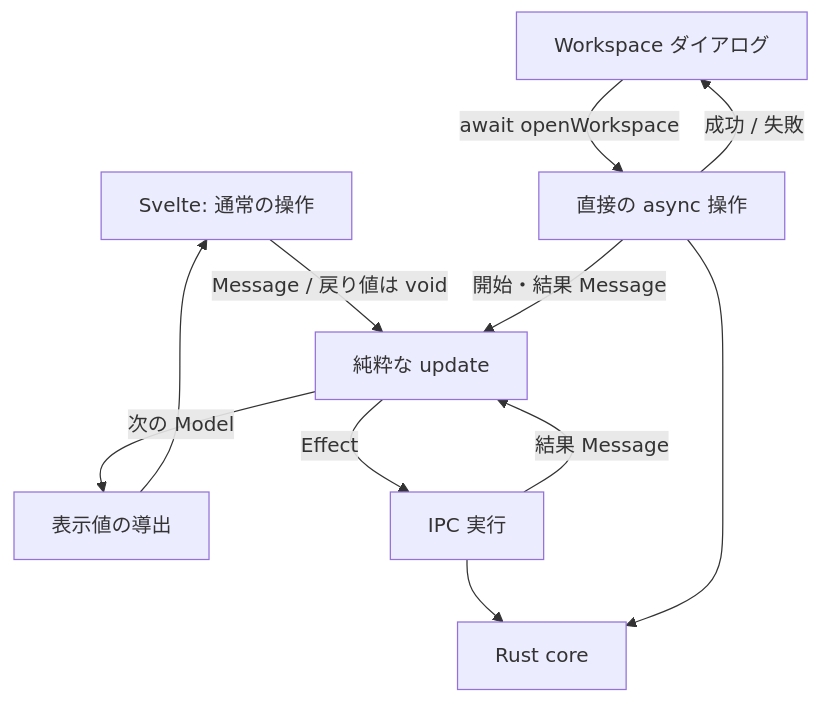
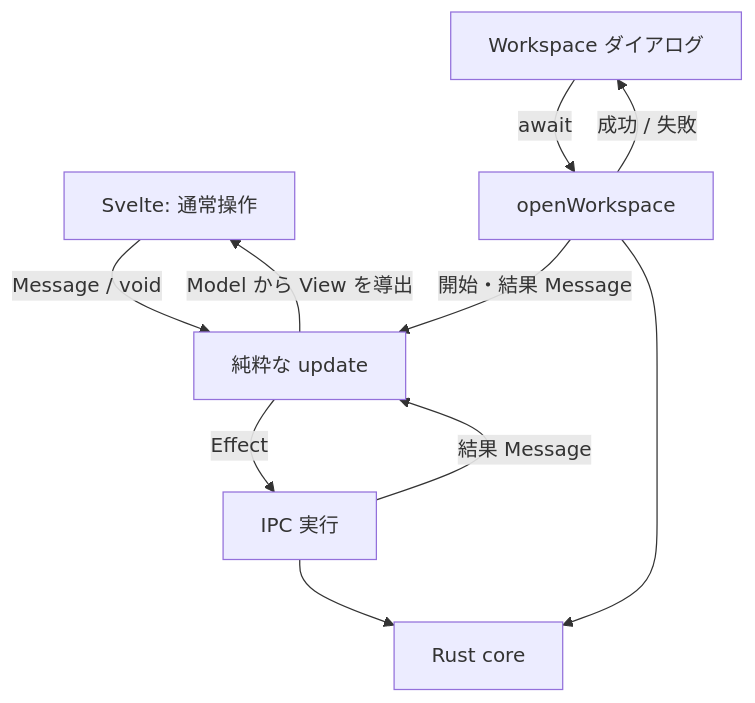
Before and after one commit to OhataKenji/zeal: the diagram in docs/design/session-state.md, drawn with Mermaid. The commit also changed other lines of this file, not shown here.

````diff
--- a/docs/design/session-state.md
+++ b/docs/design/session-state.md
@@ -45,13 +39,12 @@
 ```mermaid
 flowchart TD
-  UI[Svelte: 通常の操作] -->|Message / 戻り値は void| Update[純粋な update]
-  Update -->|次の Model| View[表示値の導出]
-  View --> UI
+  UI[Svelte: 通常操作] -->|Message / void| Update[純粋な update]
+  Update -->|Model から View を導出| UI
   Update -->|Effect| Runner[IPC 実行]
   Runner -->|結果 Message| Update
-  Dialog[Workspace ダイアログ] -->|await openWorkspace| Open[直接の async 操作]
+  Dialog[Workspace ダイアログ] -->|await| Open[openWorkspace]
   Open -->|開始・結果 Message| Update
   Open -->|成功 / 失敗| Dialog
   Runner --> Core[Rust core]
   Open --> Core
 ```
````
